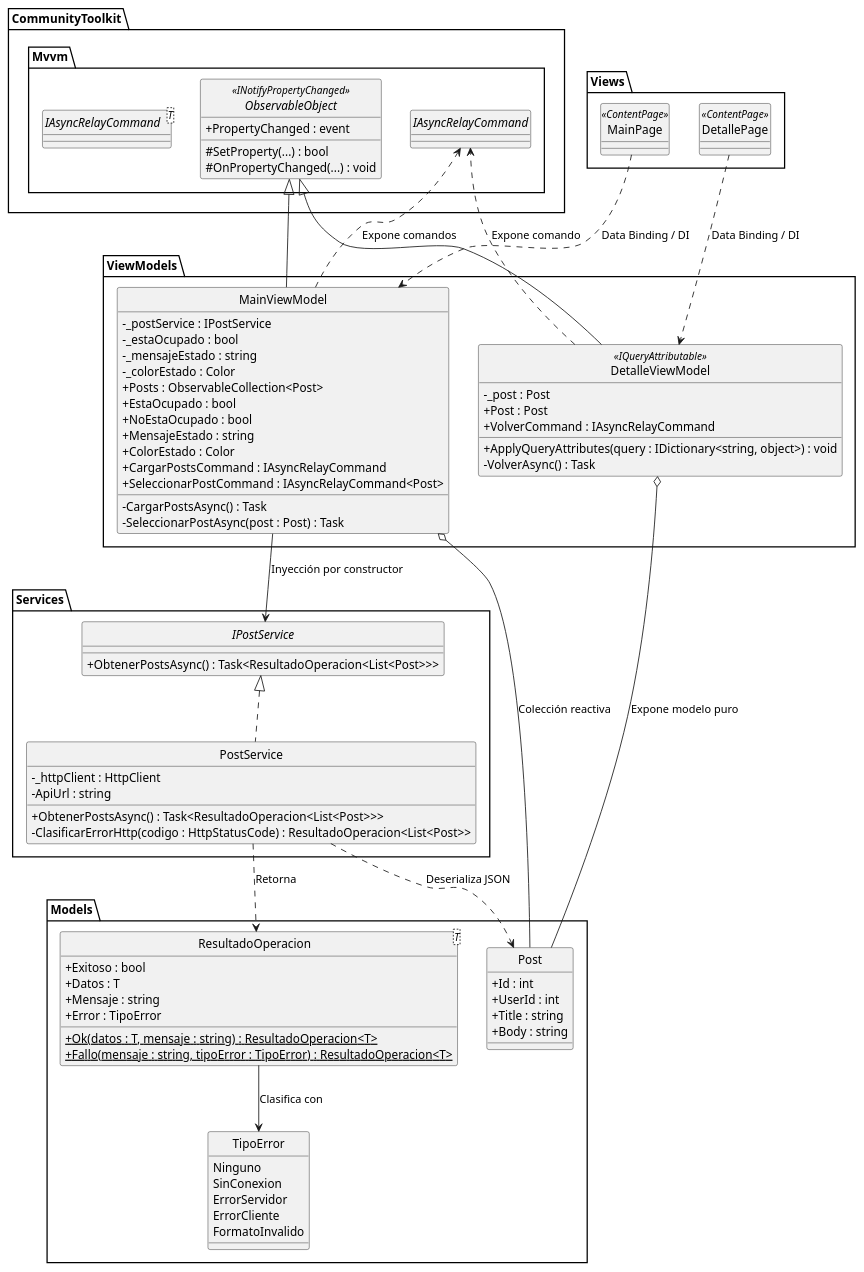
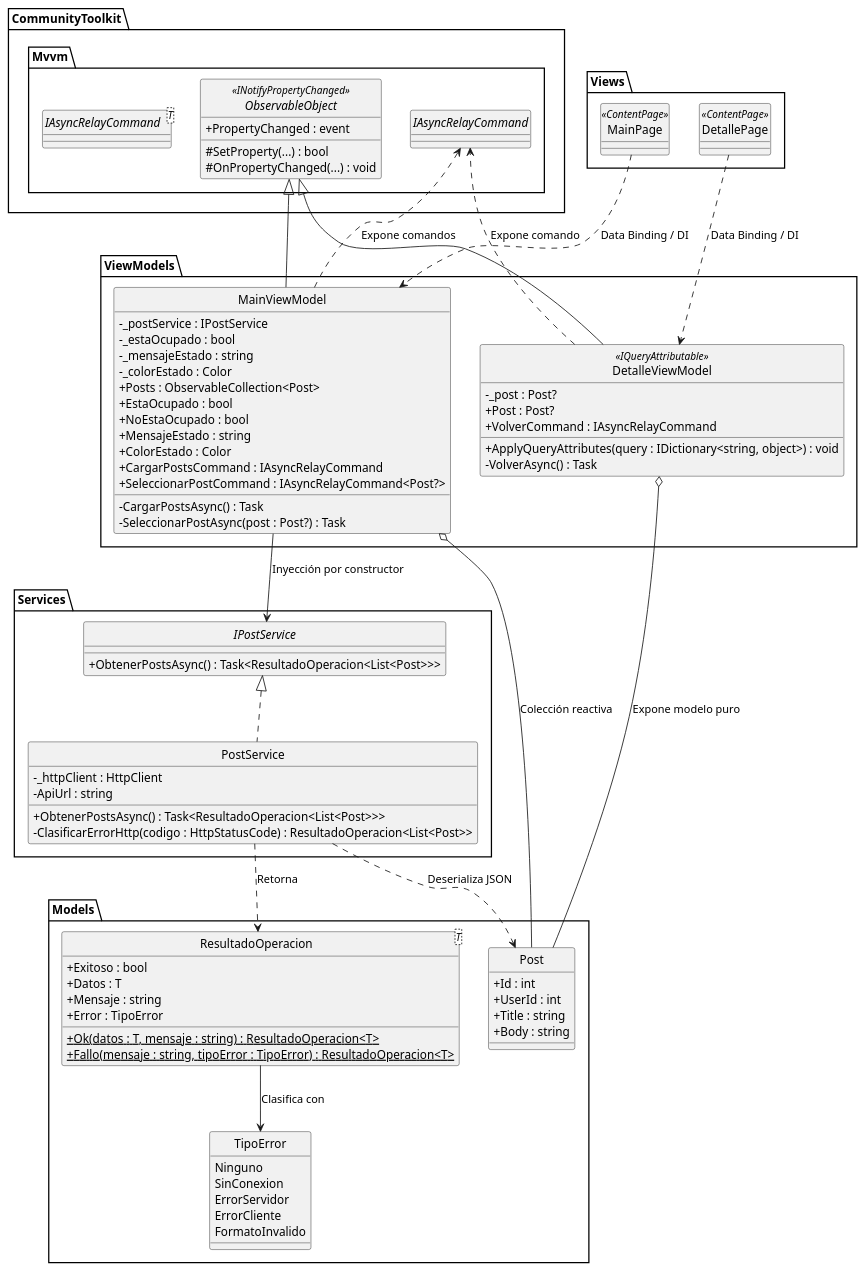
Before and after one commit to fioremos/UCES-DAMII-DevPosts-KalapujMosca: the diagram in docs/arquitectura.puml, drawn with PlantUML. The commit also changed 4 other files, not shown here.

Commit message:
docs: actualizar README con CommunityToolkit.Mvvm y alinear precisión de tipos y parámetros en diagramas PlantUML

```diff
--- a/docs/arquitectura.puml
+++ b/docs/arquitectura.puml
@@ -1,103 +1,103 @@
 @startuml arquitectura_mvvm_di
 skinparam style strictuml
 skinparam classAttributeIconSize 0
 
 package "CommunityToolkit.Mvvm" {
     abstract class ObservableObject << (C,#DDA0DD) INotifyPropertyChanged >> {
         + PropertyChanged : event
         # SetProperty(...) : bool
         # OnPropertyChanged(...) : void
     }
     interface IAsyncRelayCommand
     interface "IAsyncRelayCommand<T>" as IAsyncRelayCommandT
 }
 
 package "Views" {
     class MainPage << (C,#A9DCDF) ContentPage >>
     class DetallePage << (C,#A9DCDF) ContentPage >>
 }
 
 package "ViewModels" {
     class MainViewModel {
         - _postService : IPostService
         - _estaOcupado : bool
         - _mensajeEstado : string
         - _colorEstado : Color
         + Posts : ObservableCollection<Post>
         + EstaOcupado : bool
         + NoEstaOcupado : bool
         + MensajeEstado : string
         + ColorEstado : Color
         + CargarPostsCommand : IAsyncRelayCommand
-        + SeleccionarPostCommand : IAsyncRelayCommand<Post>
+        + SeleccionarPostCommand : IAsyncRelayCommand<Post?>
         - CargarPostsAsync() : Task
-        - SeleccionarPostAsync(post : Post) : Task
+        - SeleccionarPostAsync(post : Post?) : Task
     }
 
     class DetalleViewModel << (C,#ADD1B2) IQueryAttributable >> {
-        - _post : Post
-        + Post : Post
+        - _post : Post?
+        + Post : Post?
         + VolverCommand : IAsyncRelayCommand
         + ApplyQueryAttributes(query : IDictionary<string, object>) : void
         - VolverAsync() : Task
     }
 }
 
 package "Services" {
     interface IPostService {
         + ObtenerPostsAsync() : Task<ResultadoOperacion<List<Post>>>
     }
     class PostService implements IPostService {
         - _httpClient : HttpClient
         - ApiUrl : string
         + ObtenerPostsAsync() : Task<ResultadoOperacion<List<Post>>>
         - ClasificarErrorHttp(codigo : HttpStatusCode) : ResultadoOperacion<List<Post>>
     }
 }
 
 package "Models" {
     class Post {
         + Id : int
         + UserId : int
         + Title : string
         + Body : string
     }
 
     class "ResultadoOperacion<T>" as ResultadoOperacion {
         + Exitoso : bool
         + Datos : T
         + Mensaje : string
         + Error : TipoError
         + {static} Ok(datos : T, mensaje : string) : ResultadoOperacion<T>
         + {static} Fallo(mensaje : string, tipoError : TipoError) : ResultadoOperacion<T>
     }
 
     enum TipoError {
         Ninguno
         SinConexion
         ErrorServidor
         ErrorCliente
         FormatoInvalido
     }
 }
 
 ' Herencias de MVVM Toolkit
 ObservableObject <|-- MainViewModel
 ObservableObject <|-- DetalleViewModel
 
 ' Vistas y Enlace de Datos
 MainPage ..> MainViewModel : Data Binding / DI
 DetallePage ..> DetalleViewModel : Data Binding / DI
 
 ' Dependencias de ViewModels
 MainViewModel --> IPostService : Inyección por constructor
 MainViewModel o-- Post : Colección reactiva
 MainViewModel ..> IAsyncRelayCommand : Expone comandos
 DetalleViewModel o-- Post : Expone modelo puro
 DetalleViewModel ..> IAsyncRelayCommand : Expone comando
 
 ' Capa de Servicio y Dominio
 PostService ..> Post : Deserializa JSON
 PostService ..> ResultadoOperacion : Retorna
 ResultadoOperacion --> TipoError : Clasifica con
 @enduml
```
